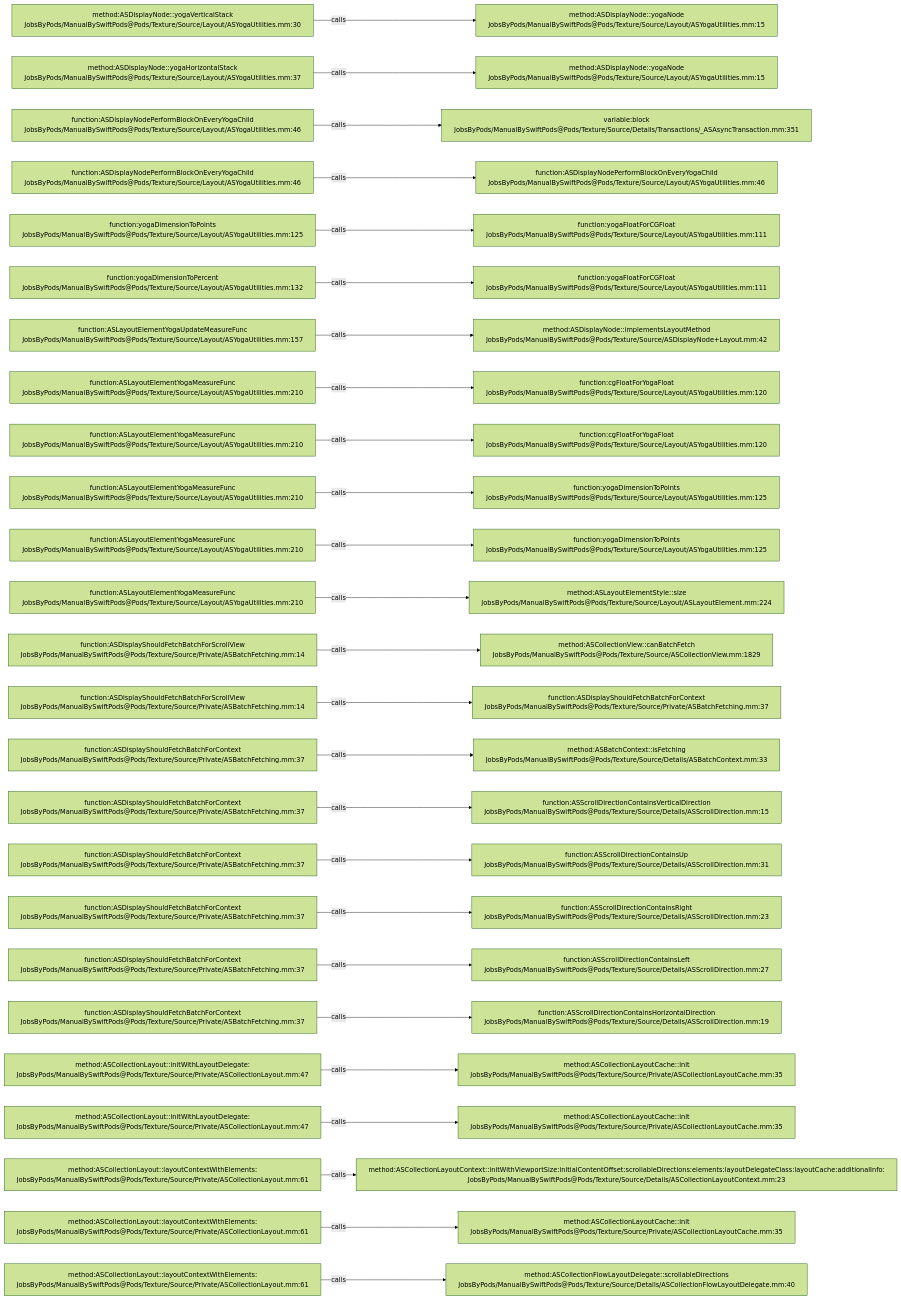
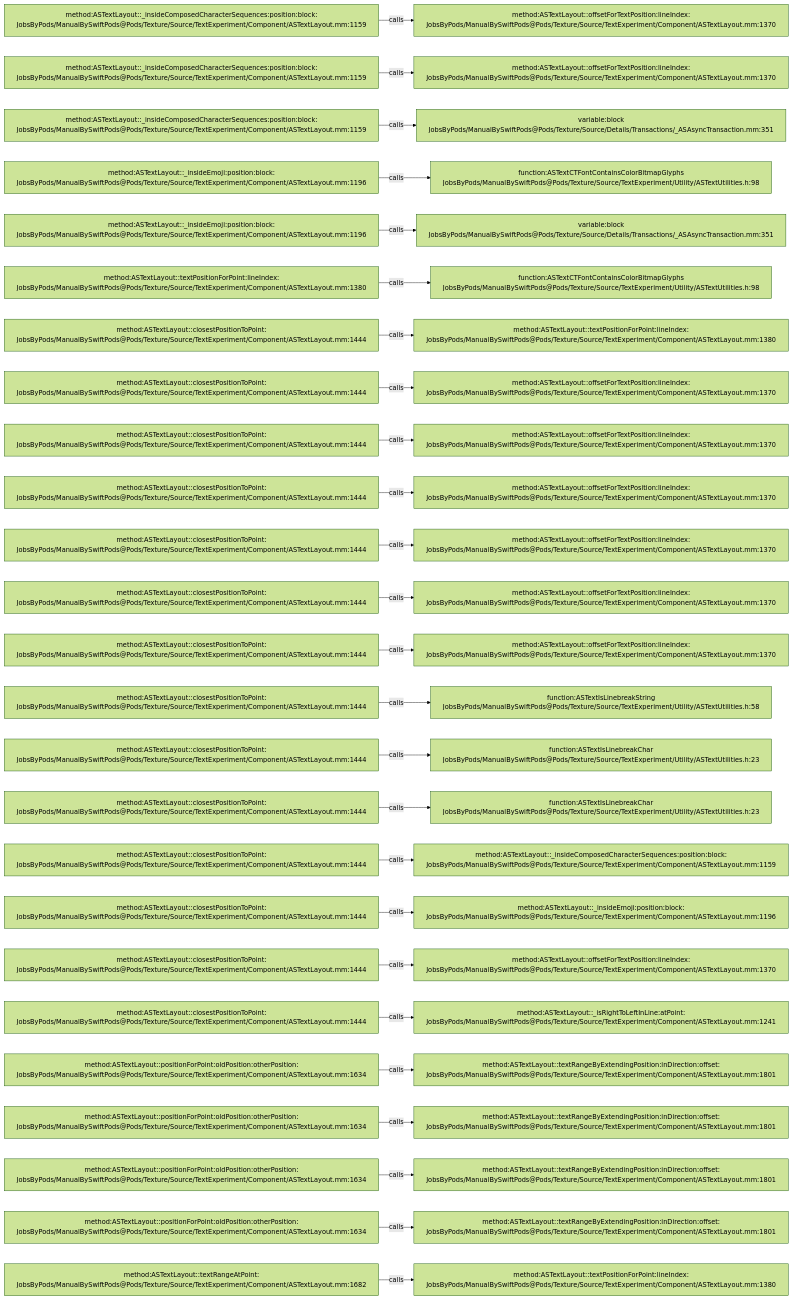
Before and after one commit to JobsKits/JobsSwiftBaseConfigDemo: the diagram in .codegraph/codegraph.md/graphs/calls-133.md, drawn with Mermaid (forest theme). The commit also changed 832 other files, not shown here.

````diff
--- a/.codegraph/codegraph.md/graphs/calls-133.md
+++ b/.codegraph/codegraph.md/graphs/calls-133.md
@@ -13,78 +13,78 @@
 ```mermaid
 flowchart LR
-  S1["method:ASDisplayNode::yogaVerticalStack<br/>JobsByPods/ManualBySwiftPods@Pods/Texture/Source/Layout/ASYogaUtilities.mm:30"]
-  T1["method:ASDisplayNode::yogaNode<br/>JobsByPods/ManualBySwiftPods@Pods/Texture/Source/Layout/ASYogaUtilities.mm:15"]
+  S1["method:ASTextLayout::_insideComposedCharacterSequences:position:block:<br/>JobsByPods/ManualBySwiftPods@Pods/Texture/Source/TextExperiment/Component/ASTextLayout.mm:1159"]
+  T1["method:ASTextLayout::offsetForTextPosition:lineIndex:<br/>JobsByPods/ManualBySwiftPods@Pods/Texture/Source/TextExperiment/Component/ASTextLayout.mm:1370"]
   S1 -->|calls| T1
-  S2["method:ASDisplayNode::yogaHorizontalStack<br/>JobsByPods/ManualBySwiftPods@Pods/Texture/Source/Layout/ASYogaUtilities.mm:37"]
-  T2["method:ASDisplayNode::yogaNode<br/>JobsByPods/ManualBySwiftPods@Pods/Texture/Source/Layout/ASYogaUtilities.mm:15"]
+  S2["method:ASTextLayout::_insideComposedCharacterSequences:position:block:<br/>JobsByPods/ManualBySwiftPods@Pods/Texture/Source/TextExperiment/Component/ASTextLayout.mm:1159"]
+  T2["method:ASTextLayout::offsetForTextPosition:lineIndex:<br/>JobsByPods/ManualBySwiftPods@Pods/Texture/Source/TextExperiment/Component/ASTextLayout.mm:1370"]
   S2 -->|calls| T2
-  S3["function:ASDisplayNodePerformBlockOnEveryYogaChild<br/>JobsByPods/ManualBySwiftPods@Pods/Texture/Source/Layout/ASYogaUtilities.mm:46"]
+  S3["method:ASTextLayout::_insideComposedCharacterSequences:position:block:<br/>JobsByPods/ManualBySwiftPods@Pods/Texture/Source/TextExperiment/Component/ASTextLayout.mm:1159"]
   T3["variable:block<br/>JobsByPods/ManualBySwiftPods@Pods/Texture/Source/Details/Transactions/_ASAsyncTransaction.mm:351"]
   S3 -->|calls| T3
-  S4["function:ASDisplayNodePerformBlockOnEveryYogaChild<br/>JobsByPods/ManualBySwiftPods@Pods/Texture/Source/Layout/ASYogaUtilities.mm:46"]
-  T4["function:ASDisplayNodePerformBlockOnEveryYogaChild<br/>JobsByPods/ManualBySwiftPods@Pods/Texture/Source/Layout/ASYogaUtilities.mm:46"]
+  S4["method:ASTextLayout::_insideEmoji:position:block:<br/>JobsByPods/ManualBySwiftPods@Pods/Texture/Source/TextExperiment/Component/ASTextLayout.mm:1196"]
+  T4["function:ASTextCTFontContainsColorBitmapGlyphs<br/>JobsByPods/ManualBySwiftPods@Pods/Texture/Source/TextExperiment/Utility/ASTextUtilities.h:98"]
   S4 -->|calls| T4
-  S5["function:yogaDimensionToPoints<br/>JobsByPods/ManualBySwiftPods@Pods/Texture/Source/Layout/ASYogaUtilities.mm:125"]
-  T5["function:yogaFloatForCGFloat<br/>JobsByPods/ManualBySwiftPods@Pods/Texture/Source/Layout/ASYogaUtilities.mm:111"]
+  S5["method:ASTextLayout::_insideEmoji:position:block:<br/>JobsByPods/ManualBySwiftPods@Pods/Texture/Source/TextExperiment/Component/ASTextLayout.mm:1196"]
+  T5["variable:block<br/>JobsByPods/ManualBySwiftPods@Pods/Texture/Source/Details/Transactions/_ASAsyncTransaction.mm:351"]
   S5 -->|calls| T5
-  S6["function:yogaDimensionToPercent<br/>JobsByPods/ManualBySwiftPods@Pods/Texture/Source/Layout/ASYogaUtilities.mm:132"]
-  T6["function:yogaFloatForCGFloat<br/>JobsByPods/ManualBySwiftPods@Pods/Texture/Source/Layout/ASYogaUtilities.mm:111"]
+  S6["method:ASTextLayout::textPositionForPoint:lineIndex:<br/>JobsByPods/ManualBySwiftPods@Pods/Texture/Source/TextExperiment/Component/ASTextLayout.mm:1380"]
+  T6["function:ASTextCTFontContainsColorBitmapGlyphs<br/>JobsByPods/ManualBySwiftPods@Pods/Texture/Source/TextExperiment/Utility/ASTextUtilities.h:98"]
   S6 -->|calls| T6
-  S7["function:ASLayoutElementYogaUpdateMeasureFunc<br/>JobsByPods/ManualBySwiftPods@Pods/Texture/Source/Layout/ASYogaUtilities.mm:157"]
-  T7["method:ASDisplayNode::implementsLayoutMethod<br/>JobsByPods/ManualBySwiftPods@Pods/Texture/Source/ASDisplayNode+Layout.mm:42"]
+  S7["method:ASTextLayout::closestPositionToPoint:<br/>JobsByPods/ManualBySwiftPods@Pods/Texture/Source/TextExperiment/Component/ASTextLayout.mm:1444"]
+  T7["method:ASTextLayout::textPositionForPoint:lineIndex:<br/>JobsByPods/ManualBySwiftPods@Pods/Texture/Source/TextExperiment/Component/ASTextLayout.mm:1380"]
   S7 -->|calls| T7
-  S8["function:ASLayoutElementYogaMeasureFunc<br/>JobsByPods/ManualBySwiftPods@Pods/Texture/Source/Layout/ASYogaUtilities.mm:210"]
-  T8["function:cgFloatForYogaFloat<br/>JobsByPods/ManualBySwiftPods@Pods/Texture/Source/Layout/ASYogaUtilities.mm:120"]
+  S8["method:ASTextLayout::closestPositionToPoint:<br/>JobsByPods/ManualBySwiftPods@Pods/Texture/Source/TextExperiment/Component/ASTextLayout.mm:1444"]
+  T8["method:ASTextLayout::offsetForTextPosition:lineIndex:<br/>JobsByPods/ManualBySwiftPods@Pods/Texture/Source/TextExperiment/Component/ASTextLayout.mm:1370"]
   S8 -->|calls| T8
-  S9["function:ASLayoutElementYogaMeasureFunc<br/>JobsByPods/ManualBySwiftPods@Pods/Texture/Source/Layout/ASYogaUtilities.mm:210"]
-  T9["function:cgFloatForYogaFloat<br/>JobsByPods/ManualBySwiftPods@Pods/Texture/Source/Layout/ASYogaUtilities.mm:120"]
+  S9["method:ASTextLayout::closestPositionToPoint:<br/>JobsByPods/ManualBySwiftPods@Pods/Texture/Source/TextExperiment/Component/ASTextLayout.mm:1444"]
+  T9["method:ASTextLayout::offsetForTextPosition:lineIndex:<br/>JobsByPods/ManualBySwiftPods@Pods/Texture/Source/TextExperiment/Component/ASTextLayout.mm:1370"]
   S9 -->|calls| T9
-  S10["function:ASLayoutElementYogaMeasureFunc<br/>JobsByPods/ManualBySwiftPods@Pods/Texture/Source/Layout/ASYogaUtilities.mm:210"]
-  T10["function:yogaDimensionToPoints<br/>JobsByPods/ManualBySwiftPods@Pods/Texture/Source/Layout/ASYogaUtilities.mm:125"]
+  S10["method:ASTextLayout::closestPositionToPoint:<br/>JobsByPods/ManualBySwiftPods@Pods/Texture/Source/TextExperiment/Component/ASTextLayout.mm:1444"]
+  T10["method:ASTextLayout::offsetForTextPosition:lineIndex:<br/>JobsByPods/ManualBySwiftPods@Pods/Texture/Source/TextExperiment/Component/ASTextLayout.mm:1370"]
   S10 -->|calls| T10
-  S11["function:ASLayoutElementYogaMeasureFunc<br/>JobsByPods/ManualBySwiftPods@Pods/Texture/Source/Layout/ASYogaUtilities.mm:210"]
-  T11["function:yogaDimensionToPoints<br/>JobsByPods/ManualBySwiftPods@Pods/Texture/Source/Layout/ASYogaUtilities.mm:125"]
+  S11["method:ASTextLayout::closestPositionToPoint:<br/>JobsByPods/ManualBySwiftPods@Pods/Texture/Source/TextExperiment/Component/ASTextLayout.mm:1444"]
+  T11["method:ASTextLayout::offsetForTextPosition:lineIndex:<br/>JobsByPods/ManualBySwiftPods@Pods/Texture/Source/TextExperiment/Component/ASTextLayout.mm:1370"]
   S11 -->|calls| T11
-  S12["function:ASLayoutElementYogaMeasureFunc<br/>JobsByPods/ManualBySwiftPods@Pods/Texture/Source/Layout/ASYogaUtilities.mm:210"]
-  T12["method:ASLayoutElementStyle::size<br/>JobsByPods/ManualBySwiftPods@Pods/Texture/Source/Layout/ASLayoutElement.mm:224"]
+  S12["method:ASTextLayout::closestPositionToPoint:<br/>JobsByPods/ManualBySwiftPods@Pods/Texture/Source/TextExperiment/Component/ASTextLayout.mm:1444"]
+  T12["method:ASTextLayout::offsetForTextPosition:lineIndex:<br/>JobsByPods/ManualBySwiftPods@Pods/Texture/Source/TextExperiment/Component/ASTextLayout.mm:1370"]
   S12 -->|calls| T12
-  S13["function:ASDisplayShouldFetchBatchForScrollView<br/>JobsByPods/ManualBySwiftPods@Pods/Texture/Source/Private/ASBatchFetching.mm:14"]
-  T13["method:ASCollectionView::canBatchFetch<br/>JobsByPods/ManualBySwiftPods@Pods/Texture/Source/ASCollectionView.mm:1829"]
+  S13["method:ASTextLayout::closestPositionToPoint:<br/>JobsByPods/ManualBySwiftPods@Pods/Texture/Source/TextExperiment/Component/ASTextLayout.mm:1444"]
+  T13["method:ASTextLayout::offsetForTextPosition:lineIndex:<br/>JobsByPods/ManualBySwiftPods@Pods/Texture/Source/TextExperiment/Component/ASTextLayout.mm:1370"]
   S13 -->|calls| T13
-  S14["function:ASDisplayShouldFetchBatchForScrollView<br/>JobsByPods/ManualBySwiftPods@Pods/Texture/Source/Private/ASBatchFetching.mm:14"]
-  T14["function:ASDisplayShouldFetchBatchForContext<br/>JobsByPods/ManualBySwiftPods@Pods/Texture/Source/Private/ASBatchFetching.mm:37"]
+  S14["method:ASTextLayout::closestPositionToPoint:<br/>JobsByPods/ManualBySwiftPods@Pods/Texture/Source/TextExperiment/Component/ASTextLayout.mm:1444"]
+  T14["function:ASTextIsLinebreakString<br/>JobsByPods/ManualBySwiftPods@Pods/Texture/Source/TextExperiment/Utility/ASTextUtilities.h:58"]
   S14 -->|calls| T14
-  S15["function:ASDisplayShouldFetchBatchForContext<br/>JobsByPods/ManualBySwiftPods@Pods/Texture/Source/Private/ASBatchFetching.mm:37"]
-  T15["method:ASBatchContext::isFetching<br/>JobsByPods/ManualBySwiftPods@Pods/Texture/Source/Details/ASBatchContext.mm:33"]
+  S15["method:ASTextLayout::closestPositionToPoint:<br/>JobsByPods/ManualBySwiftPods@Pods/Texture/Source/TextExperiment/Component/ASTextLayout.mm:1444"]
+  T15["function:ASTextIsLinebreakChar<br/>JobsByPods/ManualBySwiftPods@Pods/Texture/Source/TextExperiment/Utility/ASTextUtilities.h:23"]
   S15 -->|calls| T15
-  S16["function:ASDisplayShouldFetchBatchForContext<br/>JobsByPods/ManualBySwiftPods@Pods/Texture/Source/Private/ASBatchFetching.mm:37"]
-  T16["function:ASScrollDirectionContainsVerticalDirection<br/>JobsByPods/ManualBySwiftPods@Pods/Texture/Source/Details/ASScrollDirection.mm:15"]
+  S16["method:ASTextLayout::closestPositionToPoint:<br/>JobsByPods/ManualBySwiftPods@Pods/Texture/Source/TextExperiment/Component/ASTextLayout.mm:1444"]
+  T16["function:ASTextIsLinebreakChar<br/>JobsByPods/ManualBySwiftPods@Pods/Texture/Source/TextExperiment/Utility/ASTextUtilities.h:23"]
   S16 -->|calls| T16
-  S17["function:ASDisplayShouldFetchBatchForContext<br/>JobsByPods/ManualBySwiftPods@Pods/Texture/Source/Private/ASBatchFetching.mm:37"]
-  T17["function:ASScrollDirectionContainsUp<br/>JobsByPods/ManualBySwiftPods@Pods/Texture/Source/Details/ASScrollDirection.mm:31"]
+  S17["method:ASTextLayout::closestPositionToPoint:<br/>JobsByPods/ManualBySwiftPods@Pods/Texture/Source/TextExperiment/Component/ASTextLayout.mm:1444"]
+  T17["method:ASTextLayout::_insideComposedCharacterSequences:position:block:<br/>JobsByPods/ManualBySwiftPods@Pods/Texture/Source/TextExperiment/Component/ASTextLayout.mm:1159"]
   S17 -->|calls| T17
-  S18["function:ASDisplayShouldFetchBatchForContext<br/>JobsByPods/ManualBySwiftPods@Pods/Texture/Source/Private/ASBatchFetching.mm:37"]
-  T18["function:ASScrollDirectionContainsRight<br/>JobsByPods/ManualBySwiftPods@Pods/Texture/Source/Details/ASScrollDirection.mm:23"]
+  S18["method:ASTextLayout::closestPositionToPoint:<br/>JobsByPods/ManualBySwiftPods@Pods/Texture/Source/TextExperiment/Component/ASTextLayout.mm:1444"]
+  T18["method:ASTextLayout::_insideEmoji:position:block:<br/>JobsByPods/ManualBySwiftPods@Pods/Texture/Source/TextExperiment/Component/ASTextLayout.mm:1196"]
   S18 -->|calls| T18
-  S19["function:ASDisplayShouldFetchBatchForContext<br/>JobsByPods/ManualBySwiftPods@Pods/Texture/Source/Private/ASBatchFetching.mm:37"]
-  T19["function:ASScrollDirectionContainsLeft<br/>JobsByPods/ManualBySwiftPods@Pods/Texture/Source/Details/ASScrollDirection.mm:27"]
+  S19["method:ASTextLayout::closestPositionToPoint:<br/>JobsByPods/ManualBySwiftPods@Pods/Texture/Source/TextExperiment/Component/ASTextLayout.mm:1444"]
+  T19["method:ASTextLayout::offsetForTextPosition:lineIndex:<br/>JobsByPods/ManualBySwiftPods@Pods/Texture/Source/TextExperiment/Component/ASTextLayout.mm:1370"]
   S19 -->|calls| T19
-  S20["function:ASDisplayShouldFetchBatchForContext<br/>JobsByPods/ManualBySwiftPods@Pods/Texture/Source/Private/ASBatchFetching.mm:37"]
-  T20["function:ASScrollDirectionContainsHorizontalDirection<br/>JobsByPods/ManualBySwiftPods@Pods/Texture/Source/Details/ASScrollDirection.mm:19"]
+  S20["method:ASTextLayout::closestPositionToPoint:<br/>JobsByPods/ManualBySwiftPods@Pods/Texture/Source/TextExperiment/Component/ASTextLayout.mm:1444"]
+  T20["method:ASTextLayout::_isRightToLeftInLine:atPoint:<br/>JobsByPods/ManualBySwiftPods@Pods/Texture/Source/TextExperiment/Component/ASTextLayout.mm:1241"]
   S20 -->|calls| T20
-  S21["method:ASCollectionLayout::initWithLayoutDelegate:<br/>JobsByPods/ManualBySwiftPods@Pods/Texture/Source/Private/ASCollectionLayout.mm:47"]
-  T21["method:ASCollectionLayoutCache::init<br/>JobsByPods/ManualBySwiftPods@Pods/Texture/Source/Private/ASCollectionLayoutCache.mm:35"]
+  S21["method:ASTextLayout::positionForPoint:oldPosition:otherPosition:<br/>JobsByPods/ManualBySwiftPods@Pods/Texture/Source/TextExperiment/Component/ASTextLayout.mm:1634"]
+  T21["method:ASTextLayout::textRangeByExtendingPosition:inDirection:offset:<br/>JobsByPods/ManualBySwiftPods@Pods/Texture/Source/TextExperiment/Component/ASTextLayout.mm:1801"]
   S21 -->|calls| T21
-  S22["method:ASCollectionLayout::initWithLayoutDelegate:<br/>JobsByPods/ManualBySwiftPods@Pods/Texture/Source/Private/ASCollectionLayout.mm:47"]
-  T22["method:ASCollectionLayoutCache::init<br/>JobsByPods/ManualBySwiftPods@Pods/Texture/Source/Private/ASCollectionLayoutCache.mm:35"]
+  S22["method:ASTextLayout::positionForPoint:oldPosition:otherPosition:<br/>JobsByPods/ManualBySwiftPods@Pods/Texture/Source/TextExperiment/Component/ASTextLayout.mm:1634"]
+  T22["method:ASTextLayout::textRangeByExtendingPosition:inDirection:offset:<br/>JobsByPods/ManualBySwiftPods@Pods/Texture/Source/TextExperiment/Component/ASTextLayout.mm:1801"]
   S22 -->|calls| T22
-  S23["method:ASCollectionLayout::layoutContextWithElements:<br/>JobsByPods/ManualBySwiftPods@Pods/Texture/Source/Private/ASCollectionLayout.mm:61"]
-  T23["method:ASCollectionLayoutContext::initWithViewportSize:initialContentOffset:scrollableDirections:elements:layoutDelegateClass:layoutCache:additionalInfo:<br/>JobsByPods/ManualBySwiftPods@Pods/Texture/Source/Details/ASCollectionLayoutContext.mm:23"]
+  S23["method:ASTextLayout::positionForPoint:oldPosition:otherPosition:<br/>JobsByPods/ManualBySwiftPods@Pods/Texture/Source/TextExperiment/Component/ASTextLayout.mm:1634"]
+  T23["method:ASTextLayout::textRangeByExtendingPosition:inDirection:offset:<br/>JobsByPods/ManualBySwiftPods@Pods/Texture/Source/TextExperiment/Component/ASTextLayout.mm:1801"]
   S23 -->|calls| T23
-  S24["method:ASCollectionLayout::layoutContextWithElements:<br/>JobsByPods/ManualBySwiftPods@Pods/Texture/Source/Private/ASCollectionLayout.mm:61"]
-  T24["method:ASCollectionLayoutCache::init<br/>JobsByPods/ManualBySwiftPods@Pods/Texture/Source/Private/ASCollectionLayoutCache.mm:35"]
+  S24["method:ASTextLayout::positionForPoint:oldPosition:otherPosition:<br/>JobsByPods/ManualBySwiftPods@Pods/Texture/Source/TextExperiment/Component/ASTextLayout.mm:1634"]
+  T24["method:ASTextLayout::textRangeByExtendingPosition:inDirection:offset:<br/>JobsByPods/ManualBySwiftPods@Pods/Texture/Source/TextExperiment/Component/ASTextLayout.mm:1801"]
   S24 -->|calls| T24
-  S25["method:ASCollectionLayout::layoutContextWithElements:<br/>JobsByPods/ManualBySwiftPods@Pods/Texture/Source/Private/ASCollectionLayout.mm:61"]
-  T25["method:ASCollectionFlowLayoutDelegate::scrollableDirections<br/>JobsByPods/ManualBySwiftPods@Pods/Texture/Source/Details/ASCollectionFlowLayoutDelegate.mm:40"]
+  S25["method:ASTextLayout::textRangeAtPoint:<br/>JobsByPods/ManualBySwiftPods@Pods/Texture/Source/TextExperiment/Component/ASTextLayout.mm:1682"]
+  T25["method:ASTextLayout::textPositionForPoint:lineIndex:<br/>JobsByPods/ManualBySwiftPods@Pods/Texture/Source/TextExperiment/Component/ASTextLayout.mm:1380"]
   S25 -->|calls| T25
 ```
````
